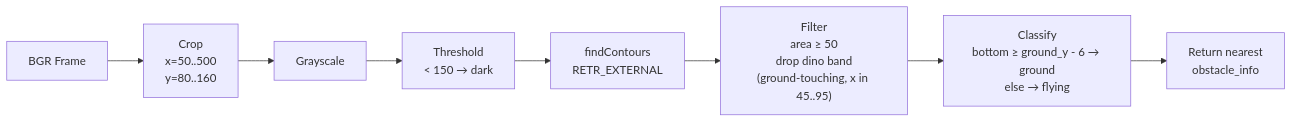
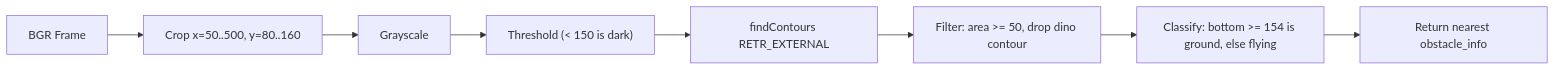
The third of 3 diagrams in README.md (Vihaan8/ai_chrome_dino), drawn with Mermaid before and after one commit. The commit also changed other lines of this file and 6 other files, not shown here.

````diff
--- a/README.md
+++ b/README.md
@@ -110,10 +127,10 @@
 ```mermaid
 flowchart LR
-    F["BGR Frame"] --> CR["Crop\nx=50..500\ny=80..160"]
+    F["BGR Frame"] --> CR["Crop x=50..500, y=80..160"]
     CR --> GR["Grayscale"]
-    GR --> T["Threshold\n< 150 → dark"]
-    T --> CN["findContours\nRETR_EXTERNAL"]
-    CN --> FL["Filter\narea ≥ 50\ndrop dino band\n(ground-touching, x in 45..95)"]
-    FL --> CL["Classify\nbottom ≥ ground_y - 6 → ground\nelse → flying"]
-    CL --> N["Return nearest\nobstacle_info"]
+    GR --> T["Threshold (< 150 is dark)"]
+    T --> CN["findContours RETR_EXTERNAL"]
+    CN --> FL["Filter: area >= 50, drop dino contour"]
+    FL --> CL["Classify: bottom >= 154 is ground, else flying"]
+    CL --> N["Return nearest obstacle_info"]
 ```
````
